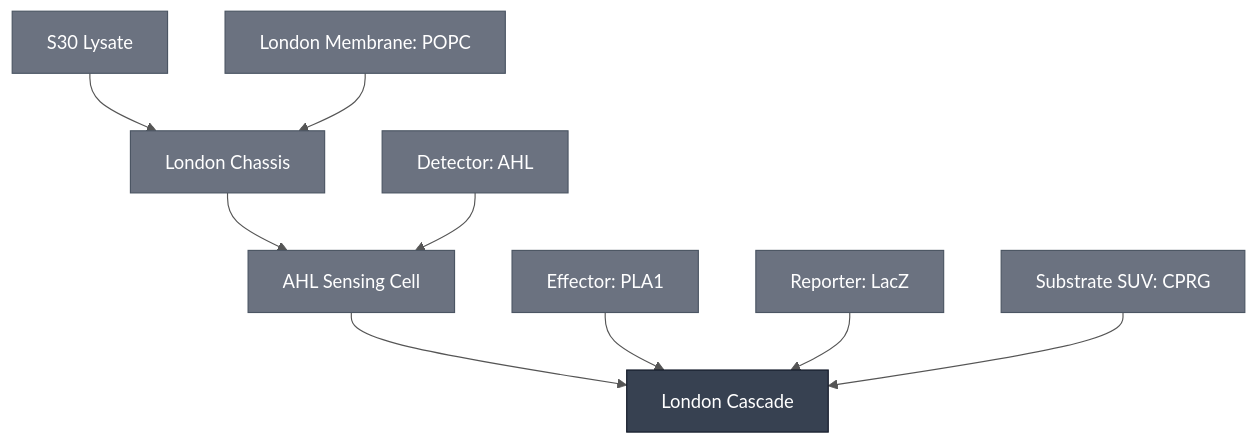
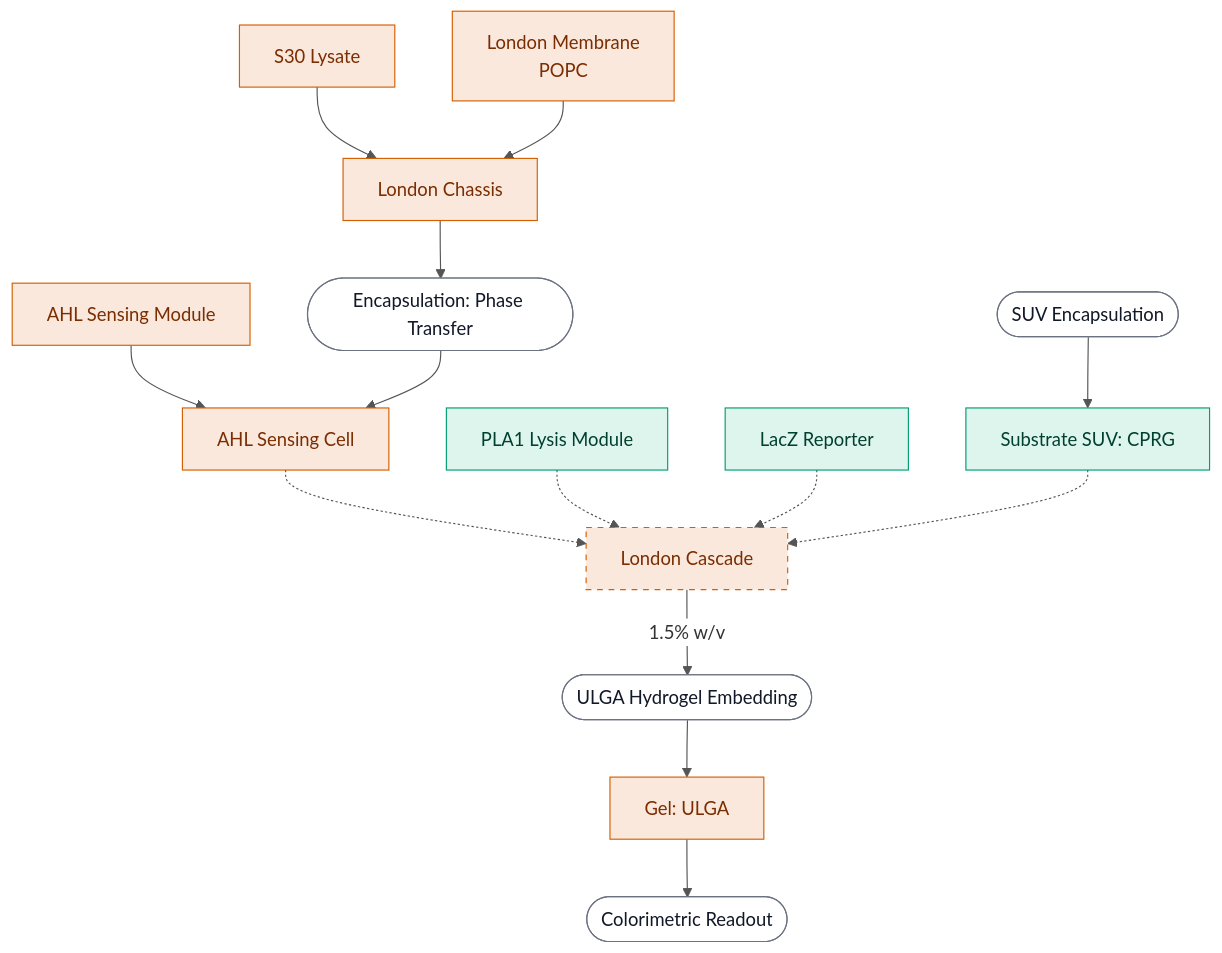
One commit to nucleus-eng/nucleus-devnote-archive-1 changed the diagram in devnotes/devstudio/assets/london-module-dependencies.md. Above: the diagram before and after it, drawn with Mermaid.

Commit message:
Update London demo diagram with full cascade and process nodes

````diff
--- a/devnotes/devstudio/assets/london-module-dependencies.md
+++ b/devnotes/devstudio/assets/london-module-dependencies.md
@@ -3,27 +3,40 @@
 ```mermaid
 %%{init: {'theme': 'base', 'themeVariables': {'lineColor': '#555555', 'edgeLabelBackground': '#ffffff'}}}%%
 flowchart TD
-    AHL_SENSING_CELL["AHL Sensing Cell"]
-    DETECTOR_3OC6_HSL["Detector: AHL"]
-    EFFECTOR_PLA1["Effector: PLA1"]
-    LONDON_CASCADE["London Cascade"]
-    LONDON_CHASSIS["London Chassis"]
-    MEMBRANE_POPC["London Membrane: POPC"]
-    REPORTER_LACZ["Reporter: LacZ"]
-    S30_LYSATE["S30 Lysate"]
-    SUBSTRATE_CPRG_SUV["Substrate SUV: CPRG"]
+    S30["S30 Lysate"]
+    MP["London Membrane<br/>POPC"]
+    P_GUV(["Encapsulation: Phase Transfer"])
+    P_SUV(["SUV Encapsulation"])
+    P_ULGA(["ULGA Hydrogel Embedding"])
+    P_READ(["Colorimetric Readout"])
+    LON["London Chassis"]
+    AHL["AHL Sensing Module"]
+    AHLV["AHL Sensing Cell"]
+    PLA1["PLA1 Lysis Module"]
+    LACZ["LacZ Reporter"]
+    SUV["Substrate SUV: CPRG"]
+    LONCAS["London Cascade"]
+    G_ULGA["Gel: ULGA"]
 
-    LONDON_CHASSIS --> AHL_SENSING_CELL
-    DETECTOR_3OC6_HSL --> AHL_SENSING_CELL
-    AHL_SENSING_CELL --> LONDON_CASCADE
-    EFFECTOR_PLA1 --> LONDON_CASCADE
-    REPORTER_LACZ --> LONDON_CASCADE
-    SUBSTRATE_CPRG_SUV --> LONDON_CASCADE
-    S30_LYSATE --> LONDON_CHASSIS
-    MEMBRANE_POPC --> LONDON_CHASSIS
+    S30 --> LON
+    MP --> LON
+    LON --> P_GUV
+    AHL --> AHLV
+    P_GUV --> AHLV
+    P_SUV --> SUV
+    AHLV -.-> LONCAS
+    PLA1 -.-> LONCAS
+    LACZ -.-> LONCAS
+    SUV -.-> LONCAS
+    LONCAS -->|"1.5% w/v"| P_ULGA
+    P_ULGA --> G_ULGA
+    G_ULGA --> P_READ
 
-    classDef constituent fill:#6B7280,color:#ffffff,stroke:#4B5563;
-    classDef this fill:#374151,color:#ffffff,stroke:#111827;
-    class AHL_SENSING_CELL,DETECTOR_3OC6_HSL,EFFECTOR_PLA1,LONDON_CHASSIS,MEMBRANE_POPC,REPORTER_LACZ,S30_LYSATE,SUBSTRATE_CPRG_SUV constituent;
-    class LONDON_CASCADE this;
+    classDef london fill:#fbe8dc,stroke:#D55E00,color:#7a2d00;
+    classDef shared fill:#def5ee,stroke:#009E73,color:#00402e;
+    classDef process fill:#ffffff,stroke:#6b7280,color:#111827;
+    class PLA1,LACZ,SUV shared;
+    class S30,MP,LON,AHL,AHLV,LONCAS,G_ULGA london;
+    class P_GUV,P_SUV,P_ULGA,P_READ process;
+    style LONCAS stroke-dasharray: 5 5
 ```
````
